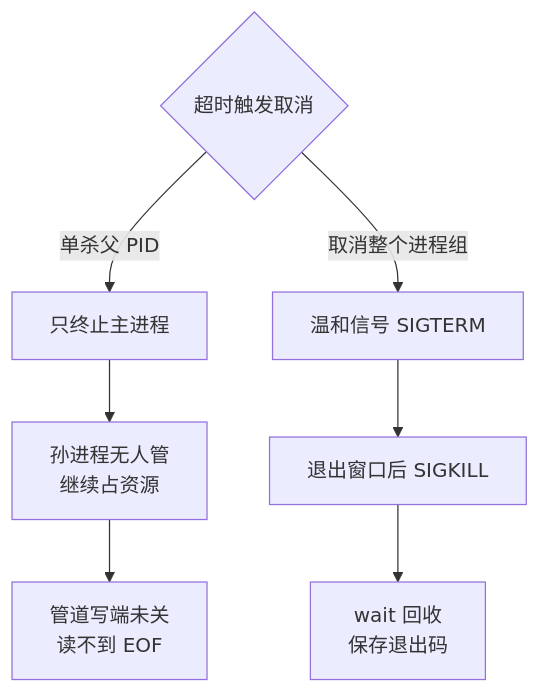
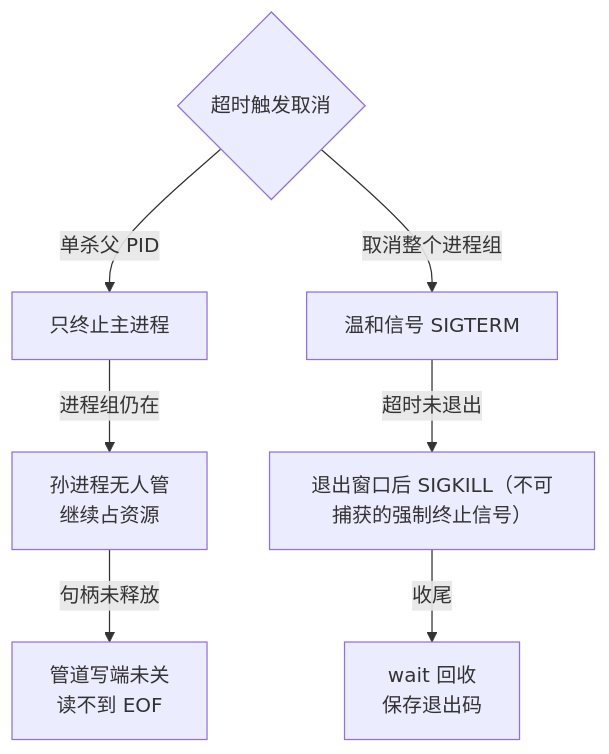
One commit to hub138/technical-knowledge changed the first of 2 diagrams in vault/工程知识/后端系统：在并发、失败与变化中维持服务/任务与并发/任务生命周期必须覆盖进程、日志、超时与清理.md. Above: the diagram before and after it, drawn with Mermaid. The commit also changed other lines of this file and 622 other files, not shown here.

````diff
--- a/vault/工程知识/后端系统：在并发、失败与变化中维持服务/任务与并发/任务生命周期必须覆盖进程、日志、超时与清理.md
+++ b/vault/工程知识/后端系统：在并发、失败与变化中维持服务/任务与并发/任务生命周期必须覆盖进程、日志、超时与清理.md
@@ -53,9 +74,9 @@
 ```mermaid
 graph TD
     T{超时触发取消} -->|单杀父 PID| K[只终止主进程]
-    K --> K2[孙进程无人管<br/>继续占资源]
-    K2 --> K3[管道写端未关<br/>读不到 EOF]
+    K -->|进程组仍在| K2[孙进程无人管<br/>继续占资源]
+    K2 -->|句柄未释放| K3[管道写端未关<br/>读不到 EOF]
     T -->|取消整个进程组| G[温和信号 SIGTERM]
-    G --> G2[退出窗口后 SIGKILL]
-    G2 --> G3[wait 回收<br/>保存退出码]
+    G -->|超时未退出| G2[退出窗口后 SIGKILL（不可捕获的强制终止信号）]
+    G2 -->|收尾| G3[wait 回收<br/>保存退出码]
 ```
````
